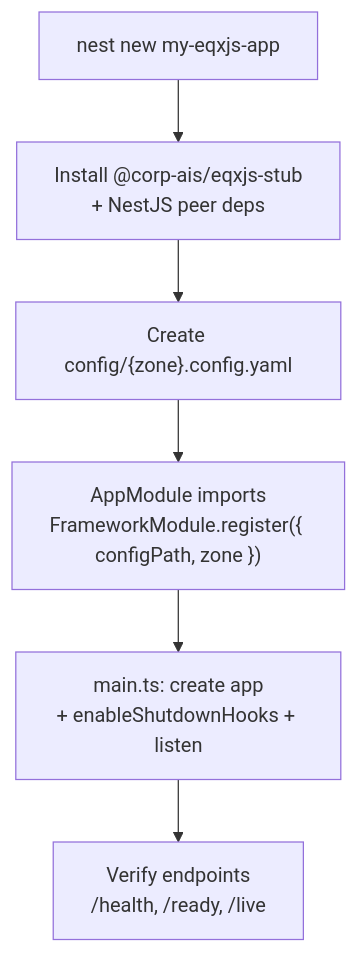
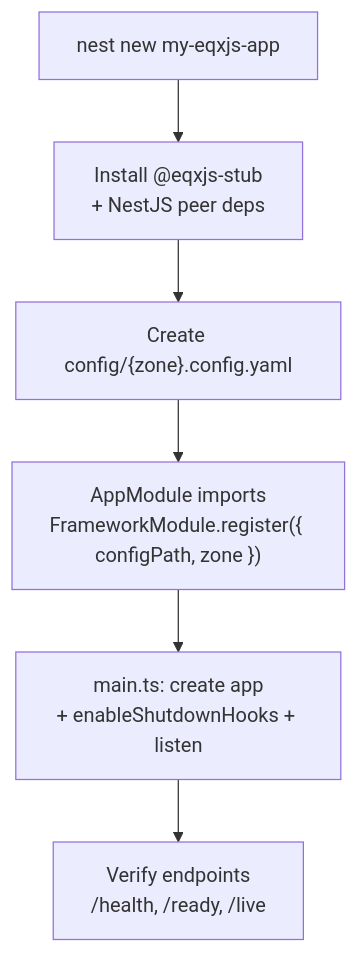
The diagram in eqxjs-framework/01-stub/module-02-getting-started.md (aretit2533/cronus-course-document), drawn with Mermaid before and after one commit. The commit also changed other lines of this file and 17 other files, not shown here.

First line of the commit message:
Refactor EQXJS Framework references from `@corp-ais` to `@eqxjs` across documentation and codebase

````diff
--- a/eqxjs-framework/01-stub/module-02-getting-started.md
+++ b/eqxjs-framework/01-stub/module-02-getting-started.md
@@ -16,8 +29,8 @@
 ```mermaid
 flowchart TD
-  A[nest new my-eqxjs-app] --> B["Install @corp-ais/eqxjs-stub<br/>+ NestJS peer deps"]
+  A[nest new my-eqxjs-app] --> B["Install @eqxjs-stub<br/>+ NestJS peer deps"]
   B --> C["Create config/{zone}.config.yaml"]
   C --> D["AppModule imports<br/>FrameworkModule.register({ configPath, zone })"]
   D --> E["main.ts: create app<br/>+ enableShutdownHooks + listen"]
   E --> F["Verify endpoints<br/>/health, /ready, /live"]
 ```
````
